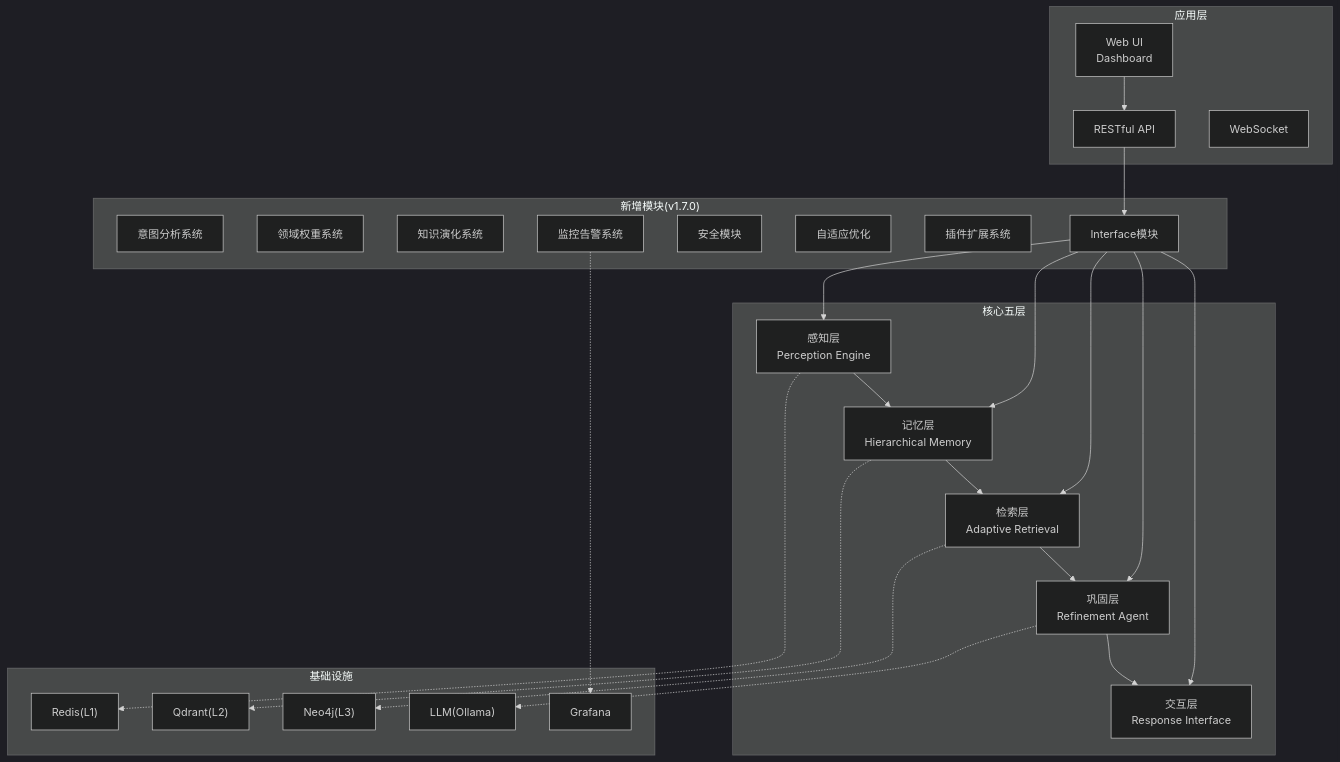
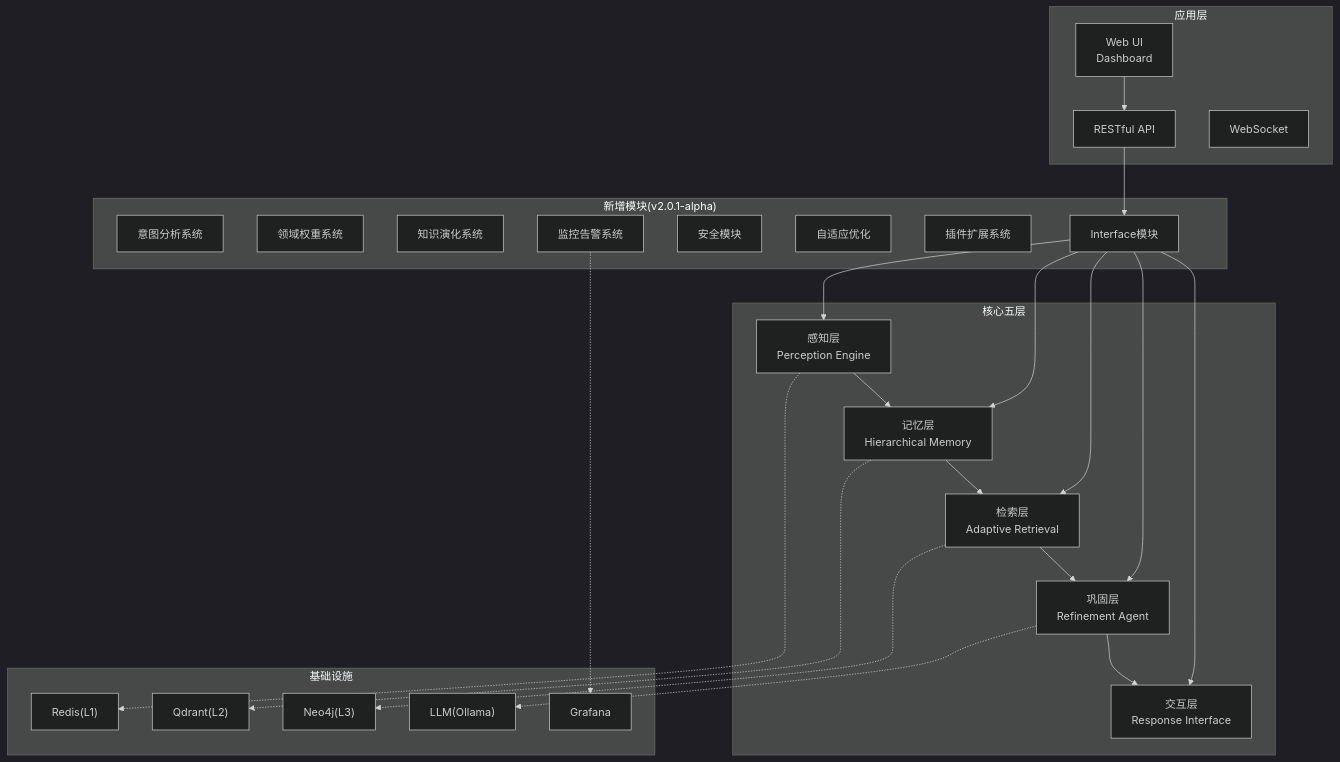
One commit to JieGaoPrinceton/NecoRAG changed the first of 4 diagrams in .qoder/repowiki/zh/content/项目概述/快速开始指南.md. Above: the diagram before and after it, drawn with Mermaid (dark theme). The commit also changed other lines of this file and 82 other files, not shown here.

````diff
--- a/.qoder/repowiki/zh/content/项目概述/快速开始指南.md
+++ b/.qoder/repowiki/zh/content/项目概述/快速开始指南.md
@@ -38,48 +38,48 @@
 ```mermaid
 graph TB
 subgraph "应用层"
 UI["Web UI<br/>Dashboard"]
 API["RESTful API"]
 WS["WebSocket"]
 end
 subgraph "核心五层"
 L1["感知层<br/>Perception Engine"]
 L2["记忆层<br/>Hierarchical Memory"]
 L3["检索层<br/>Adaptive Retrieval"]
 L4["巩固层<br/>Refinement Agent"]
 L5["交互层<br/>Response Interface"]
 end
-subgraph "新增模块(v1.7.0)"
+subgraph "新增模块(v2.0.1-alpha)"
 INTENT["意图分析系统"]
 DOMAIN["领域权重系统"]
 EVOL["知识演化系统"]
 MON["监控告警系统"]
 SEC["安全模块"]
 ADAPT["自适应优化"]
 PLUG["插件扩展系统"]
 IFACE["Interface模块"]
 end
 subgraph "基础设施"
 REDIS["Redis(L1)"]
 QDRANT["Qdrant(L2)"]
 NEO4J["Neo4j(L3)"]
 OLLAMA["LLM(Ollama)"]
 GRAFANA["Grafana"]
 end
 UI --> API
 API --> IFACE
 IFACE --> L1
 IFACE --> L2
 IFACE --> L3
 IFACE --> L4
 IFACE --> L5
 L1 --> L2
 L2 --> L3
 L3 --> L4
 L4 --> L5
 L1 -.-> REDIS
 L2 -.-> QDRANT
 L3 -.-> NEO4J
 L4 -.-> OLLAMA
 MON -.-> GRAFANA
 ```
````
